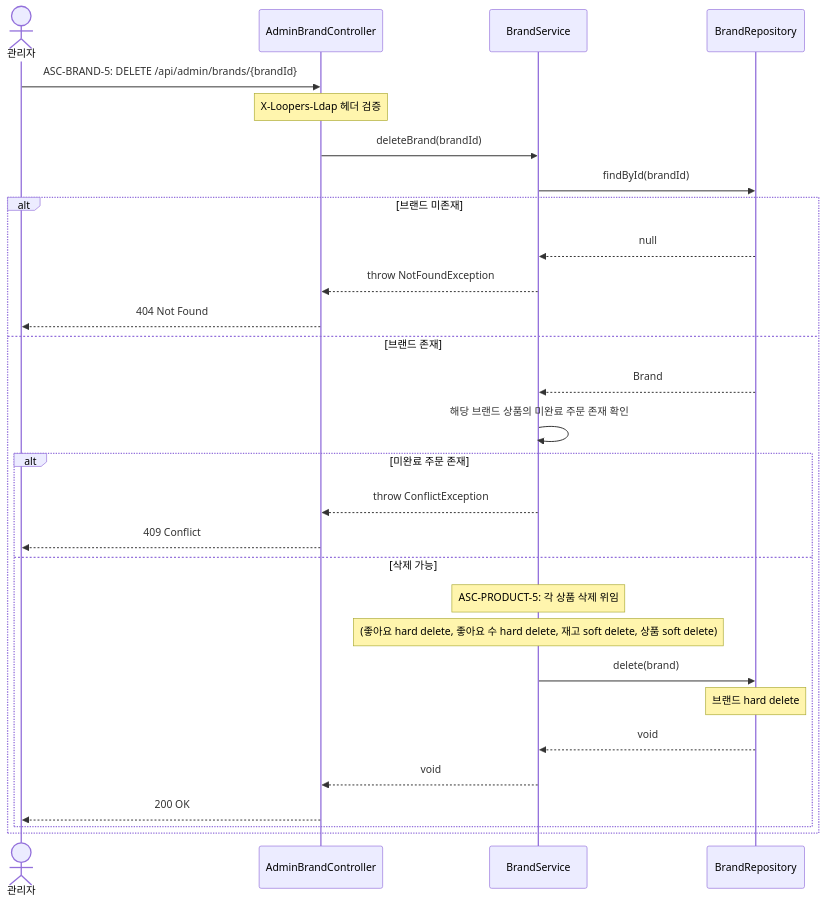
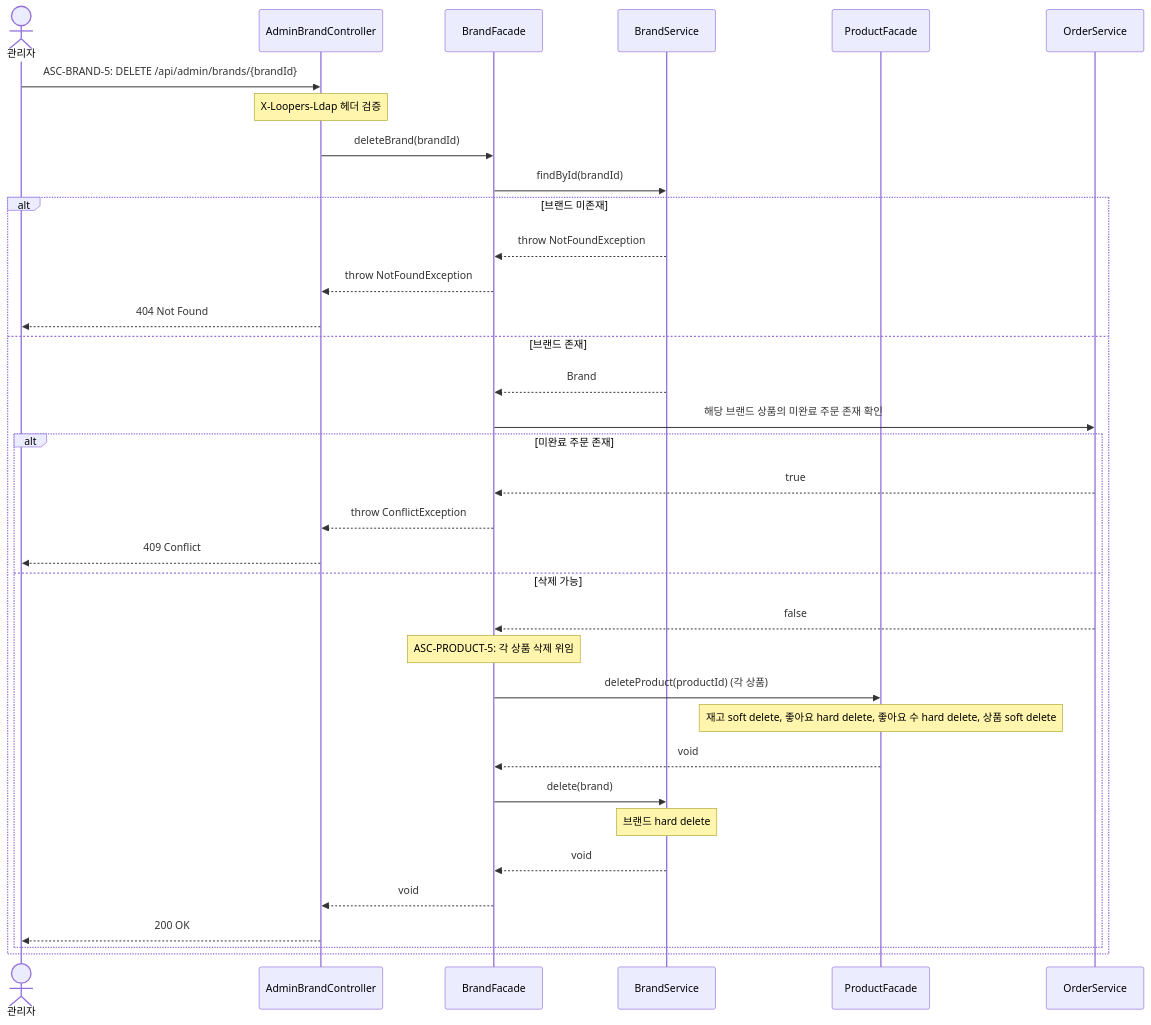
One commit to loopers-labs/loop-pack-be-l2-vol4-kotlin changed diagram 12 of 41 in docs/02-sequence-diagrams.md. Above: the diagram before and after it, drawn with Mermaid. The commit also changed other lines of this file and 2 other files, not shown here.

Commit message:
:memo: 3차 클래스 다이어그램 일단 완료

````diff
--- a/docs/02-sequence-diagrams.md
+++ b/docs/02-sequence-diagrams.md
@@ -388,34 +388,40 @@
 ```mermaid
 sequenceDiagram
     actor Admin as 관리자
     participant Controller as AdminBrandController
-    participant Service as BrandService
-    participant Repo as BrandRepository
+    participant Facade as BrandFacade
+    participant BrandService as BrandService
+    participant ProductFacade as ProductFacade
+    participant OrderService as OrderService
 
     Admin->>Controller: ASC-BRAND-5: DELETE /api/admin/brands/{brandId}
     Note over Controller: X-Loopers-Ldap 헤더 검증
 
-    Controller->>Service: deleteBrand(brandId)
-    Service->>Repo: findById(brandId)
+    Controller->>Facade: deleteBrand(brandId)
+    Facade->>BrandService: findById(brandId)
 
     alt 브랜드 미존재
-        Repo-->>Service: null
-        Service-->>Controller: throw NotFoundException
+        BrandService-->>Facade: throw NotFoundException
+        Facade-->>Controller: throw NotFoundException
         Controller-->>Admin: 404 Not Found
     else 브랜드 존재
-        Repo-->>Service: Brand
-        Service->>Service: 해당 브랜드 상품의 미완료 주문 존재 확인
+        BrandService-->>Facade: Brand
+        Facade->>OrderService: 해당 브랜드 상품의 미완료 주문 존재 확인
         alt 미완료 주문 존재
-            Service-->>Controller: throw ConflictException
+            OrderService-->>Facade: true
+            Facade-->>Controller: throw ConflictException
             Controller-->>Admin: 409 Conflict
         else 삭제 가능
-            Note over Service: ASC-PRODUCT-5: 각 상품 삭제 위임
-            Note over Service: (좋아요 hard delete, 좋아요 수 hard delete, 재고 soft delete, 상품 soft delete)
-            Service->>Repo: delete(brand)
-            Note over Repo: 브랜드 hard delete
-            Repo-->>Service: void
-            Service-->>Controller: void
+            OrderService-->>Facade: false
+            Note over Facade: ASC-PRODUCT-5: 각 상품 삭제 위임
+            Facade->>ProductFacade: deleteProduct(productId) (각 상품)
+            Note over ProductFacade: 재고 soft delete, 좋아요 hard delete, 좋아요 수 hard delete, 상품 soft delete
+            ProductFacade-->>Facade: void
+            Facade->>BrandService: delete(brand)
+            Note over BrandService: 브랜드 hard delete
+            BrandService-->>Facade: void
+            Facade-->>Controller: void
             Controller-->>Admin: 200 OK
         end
     end
 ```
````
